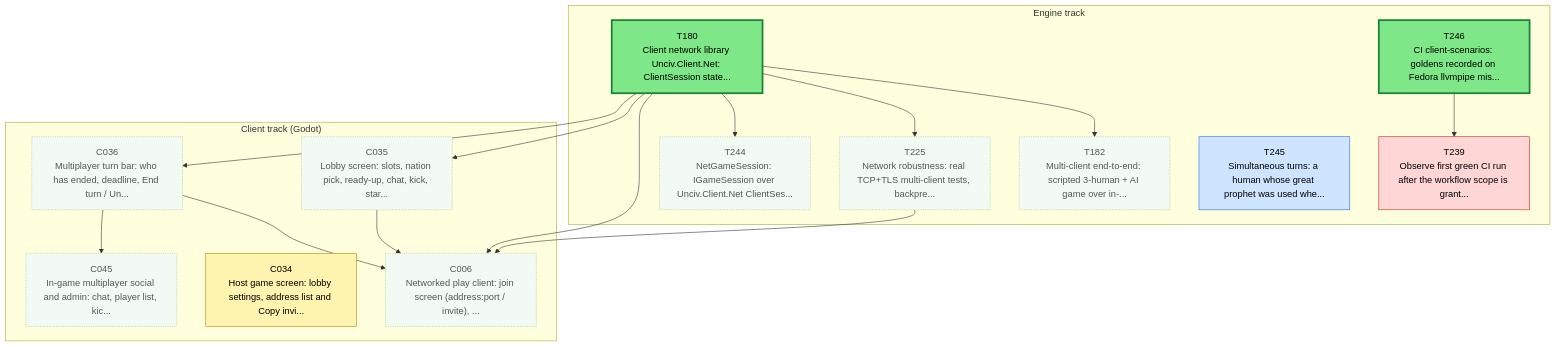
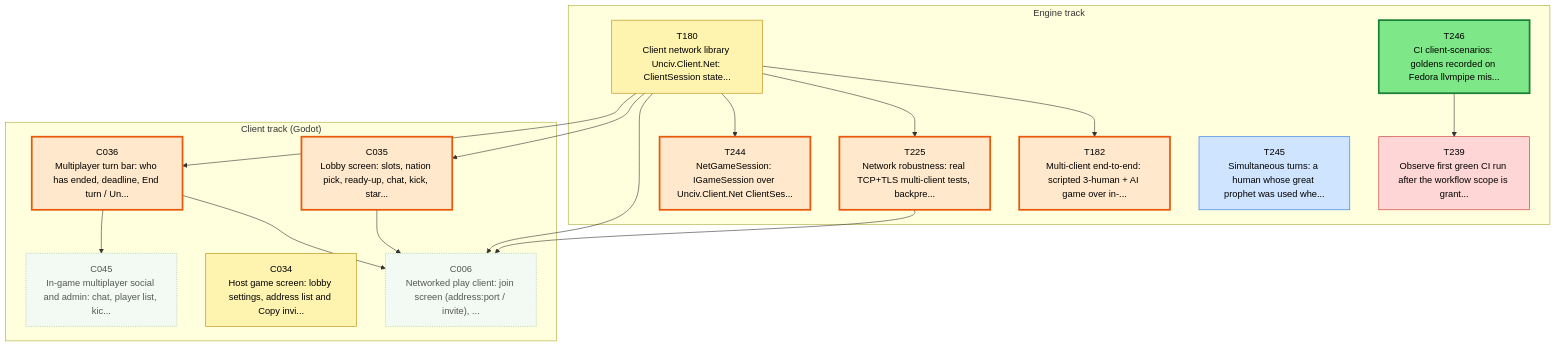
One commit to Kenmura/Unciv changed the first of 3 diagrams in csharp/migration/DEPENDENCY_MAP.md. Above: the diagram before and after it, drawn with Mermaid. The commit also changed other lines of this file and 1 other file, not shown here.

````diff
--- a/csharp/migration/DEPENDENCY_MAP.md
+++ b/csharp/migration/DEPENDENCY_MAP.md
@@ -24,49 +24,49 @@
 ```mermaid
 flowchart TD
   subgraph TTRACK["Engine track"]
     T180["T180<br/>Client network library Unciv.Client.Net: ClientSession state..."]
     T182["T182<br/>Multi-client end-to-end: scripted 3-human + AI game over in-..."]
     T225["T225<br/>Network robustness: real TCP+TLS multi-client tests, backpre..."]
     T239["T239<br/>Observe first green CI run after the workflow scope is grant..."]
     T244["T244<br/>NetGameSession: IGameSession over Unciv.Client.Net ClientSes..."]
     T245["T245<br/>Simultaneous turns: a human whose great prophet was used whe..."]
     T246["T246<br/>CI client-scenarios: goldens recorded on Fedora llvmpipe mis..."]
   end
   subgraph CTRACK["Client track (Godot)"]
     C006["C006<br/>Networked play client: join screen (address:port / invite), ..."]
     C034["C034<br/>Host game screen: lobby settings, address list and Copy invi..."]
     C035["C035<br/>Lobby screen: slots, nation pick, ready-up, chat, kick, star..."]
     C036["C036<br/>Multiplayer turn bar: who has ended, deadline, End turn / Un..."]
     C045["C045<br/>In-game multiplayer social and admin: chat, player list, kic..."]
   end
   T180 --> T182
   T180 --> T225
   T246 --> T239
   T180 --> T244
   T180 --> C006
   C035 --> C006
   C036 --> C006
   T225 --> C006
   T180 --> C035
   T180 --> C036
   C036 --> C045
   classDef waiting fill:#f3faf3,stroke:#9bc49b,color:#555,stroke-dasharray:2 2
   classDef ondeck fill:#ffe8cc,stroke:#e8590c,stroke-width:3px,color:#000
   classDef ready fill:#7ee787,stroke:#1a7f37,stroke-width:3px,color:#000
   classDef prog fill:#fff3b0,stroke:#b58900,color:#000
   classDef review fill:#cfe4ff,stroke:#1f6feb,color:#000
   classDef blocked fill:#ffd6d6,stroke:#c62828,color:#000
   classDef done fill:#eeeeee,stroke:#999999,color:#666,stroke-dasharray:4 3
   class C006 waiting
   class C034 prog
-  class C035 waiting
-  class C036 waiting
+  class C035 ondeck
+  class C036 ondeck
   class C045 waiting
-  class T180 ready
-  class T182 waiting
-  class T225 waiting
+  class T180 prog
+  class T182 ondeck
+  class T225 ondeck
   class T239 blocked
-  class T244 waiting
+  class T244 ondeck
   class T245 review
   class T246 ready
 ```
````
